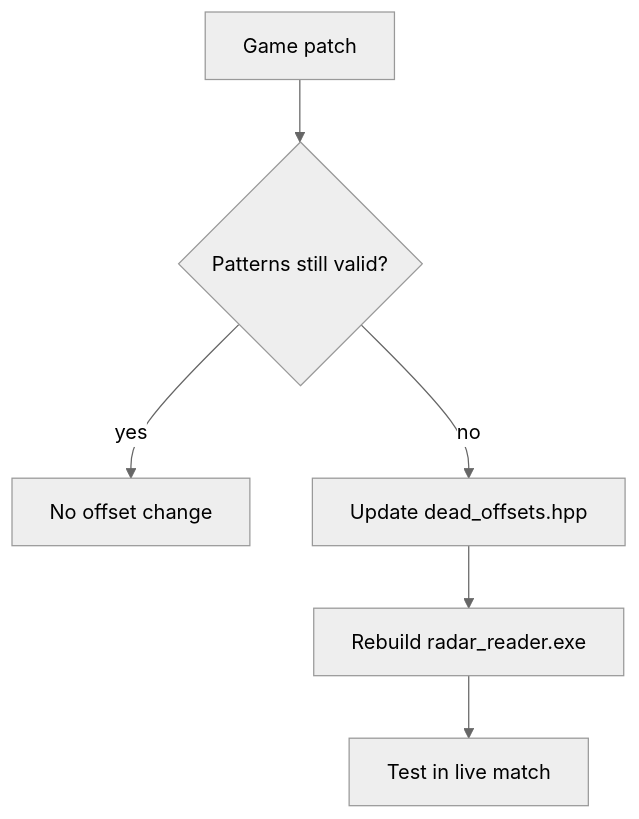
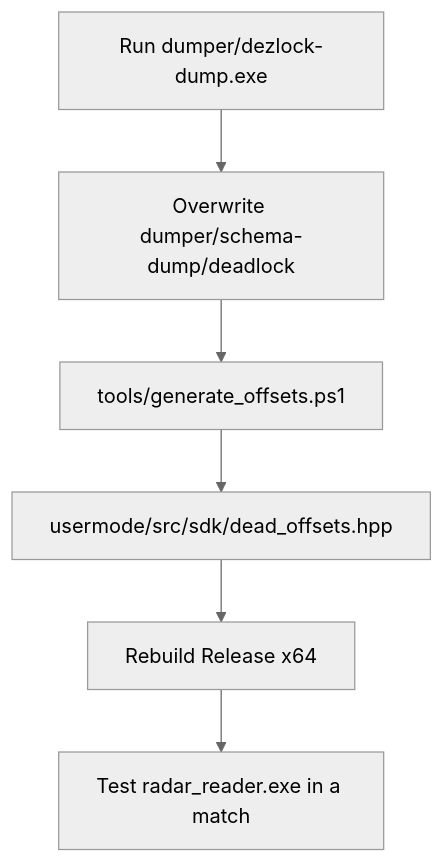
One commit to ZhaLuc/WebRadarDL changed the diagram in docs/sdk-and-offsets.md. Above: the diagram before and after it, drawn with Mermaid (neutral theme). The commit also changed other lines of this file and 36 other files, not shown here.

````diff
--- a/docs/sdk-and-offsets.md
+++ b/docs/sdk-and-offsets.md
@@ -9,8 +9,8 @@
 ```mermaid
 flowchart TD
-  PATCH[Game patch] --> CHECK{Patterns still valid?}
-  CHECK -->|yes| OK[No offset change]
-  CHECK -->|no| DUMP[Update dead_offsets.hpp]
-  DUMP --> BUILD[Rebuild radar_reader.exe]
-  BUILD --> TEST[Test in live match]
+  A[Run dumper/dezlock-dump.exe] --> B[Overwrite dumper/schema-dump/deadlock]
+  B --> C[tools/generate_offsets.ps1]
+  C --> D[usermode/src/sdk/dead_offsets.hpp]
+  D --> E[Rebuild Release x64]
+  E --> F[Test radar_reader.exe in a match]
 ```
````
